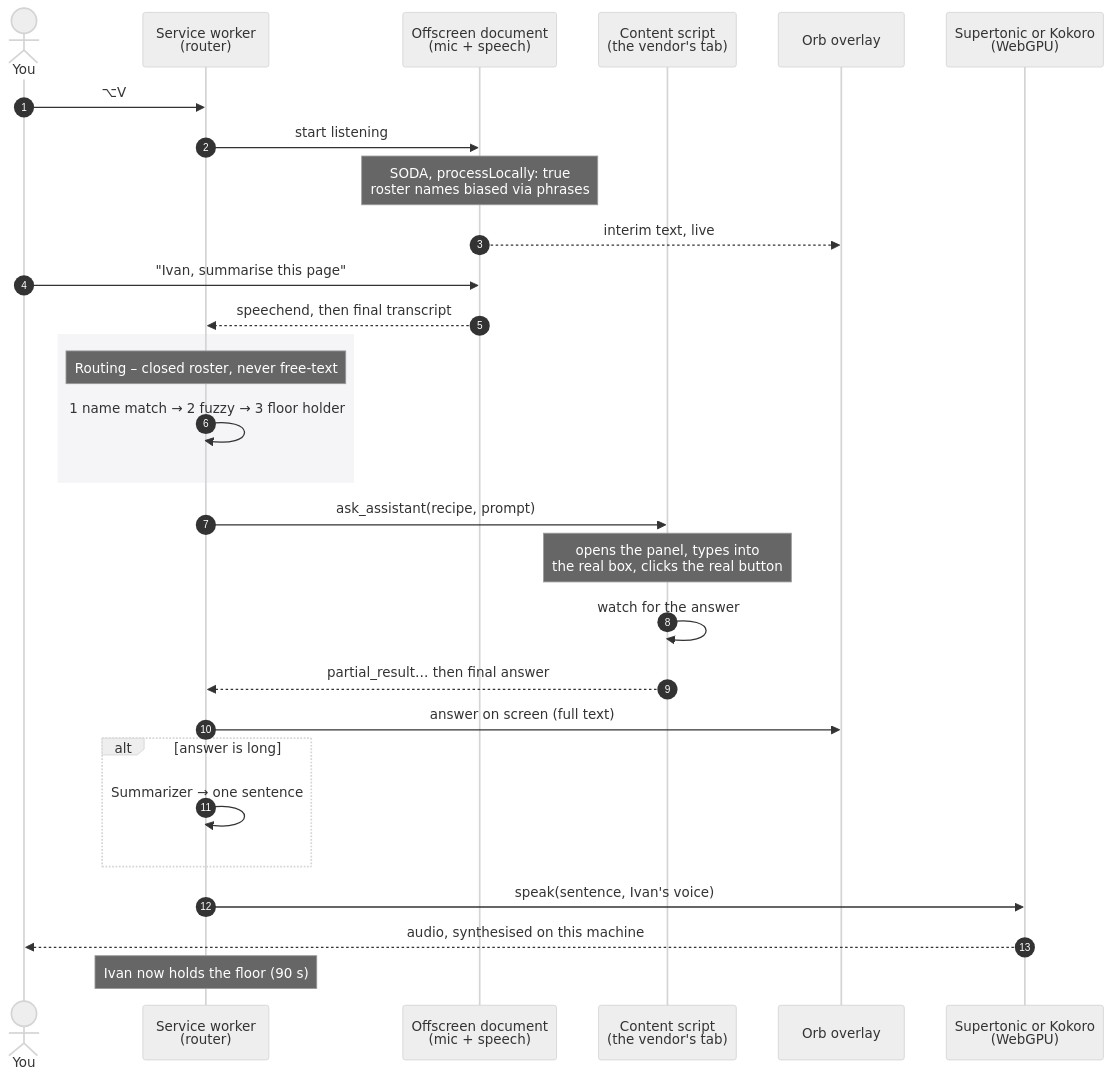
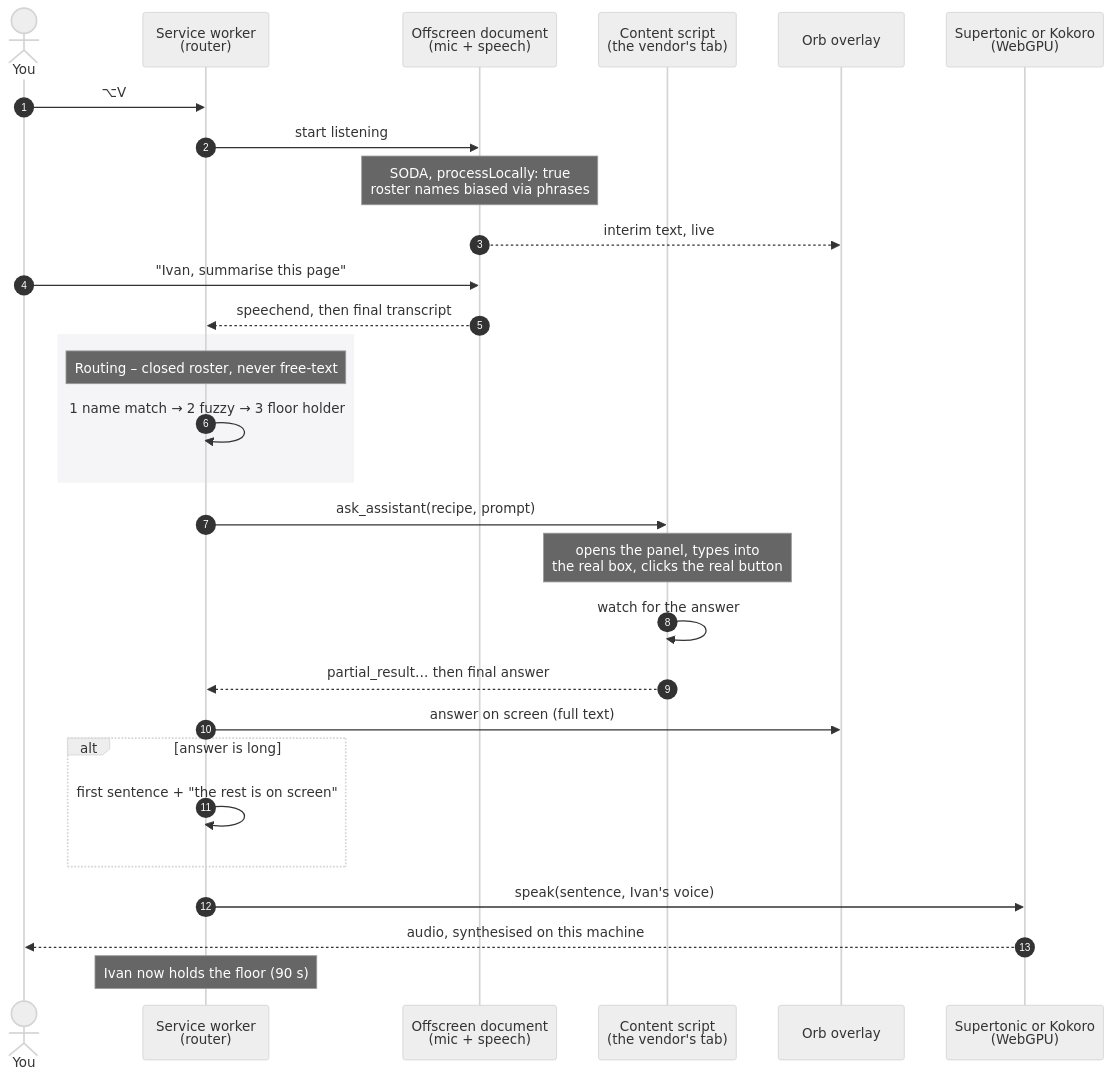
One commit to openposse-org/openposse-extension changed the first of 5 diagrams in README.md. Above: the diagram before and after it, drawn with Mermaid (neutral theme). The commit also changed other lines of this file, not shown here.

Commit message:
wip: the README describes long answers as they are spoken now – the first sentence and "the rest is on screen" – rather than through the Summarizer removed on 13 October

````diff
--- a/README.md
+++ b/README.md
@@ -56,36 +56,36 @@
 ```mermaid
 sequenceDiagram
     autonumber
     actor You
     participant SW as Service worker<br/>(router)
     participant Mic as Offscreen document<br/>(mic + speech)
     participant CS as Content script<br/>(the vendor's tab)
     participant Orb as Orb overlay
     participant K as Supertonic or Kokoro<br/>(WebGPU)
 
     You->>SW: ⌥V
     SW->>Mic: start listening
     Note over Mic: SODA, processLocally: true<br/>roster names biased via phrases
     Mic-->>Orb: interim text, live
     You->>Mic: "Ivan, summarise this page"
     Mic-->>SW: speechend, then final transcript
 
     rect rgb(245,245,248)
     Note over SW: Routing – closed roster, never free-text
     SW->>SW: 1 name match → 2 fuzzy → 3 floor holder
     end
 
     SW->>CS: ask_assistant(recipe, prompt)
     Note over CS: opens the panel, types into<br/>the real box, clicks the real button
     CS->>CS: watch for the answer
     CS-->>SW: partial_result… then final answer
     SW->>Orb: answer on screen (full text)
 
     alt answer is long
-        SW->>SW: Summarizer → one sentence
+        SW->>SW: first sentence + "the rest is on screen"
     end
 
     SW->>K: speak(sentence, Ivan's voice)
     K-->>You: audio, synthesised on this machine
     Note over SW: Ivan now holds the floor (90 s)
 ```
````
